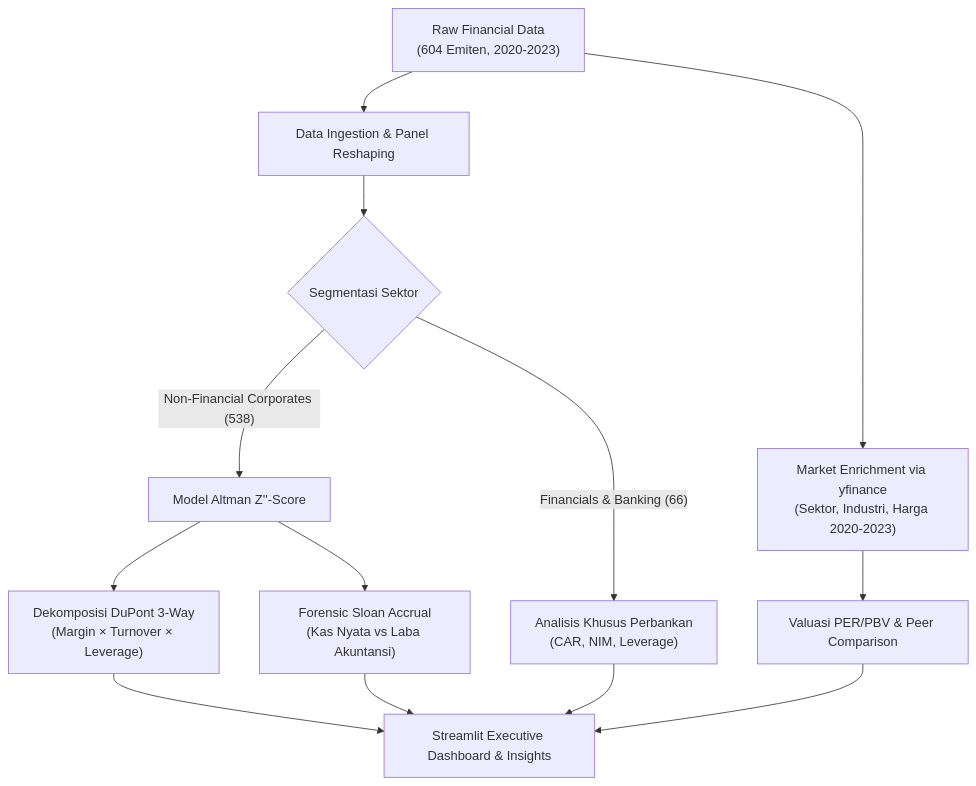
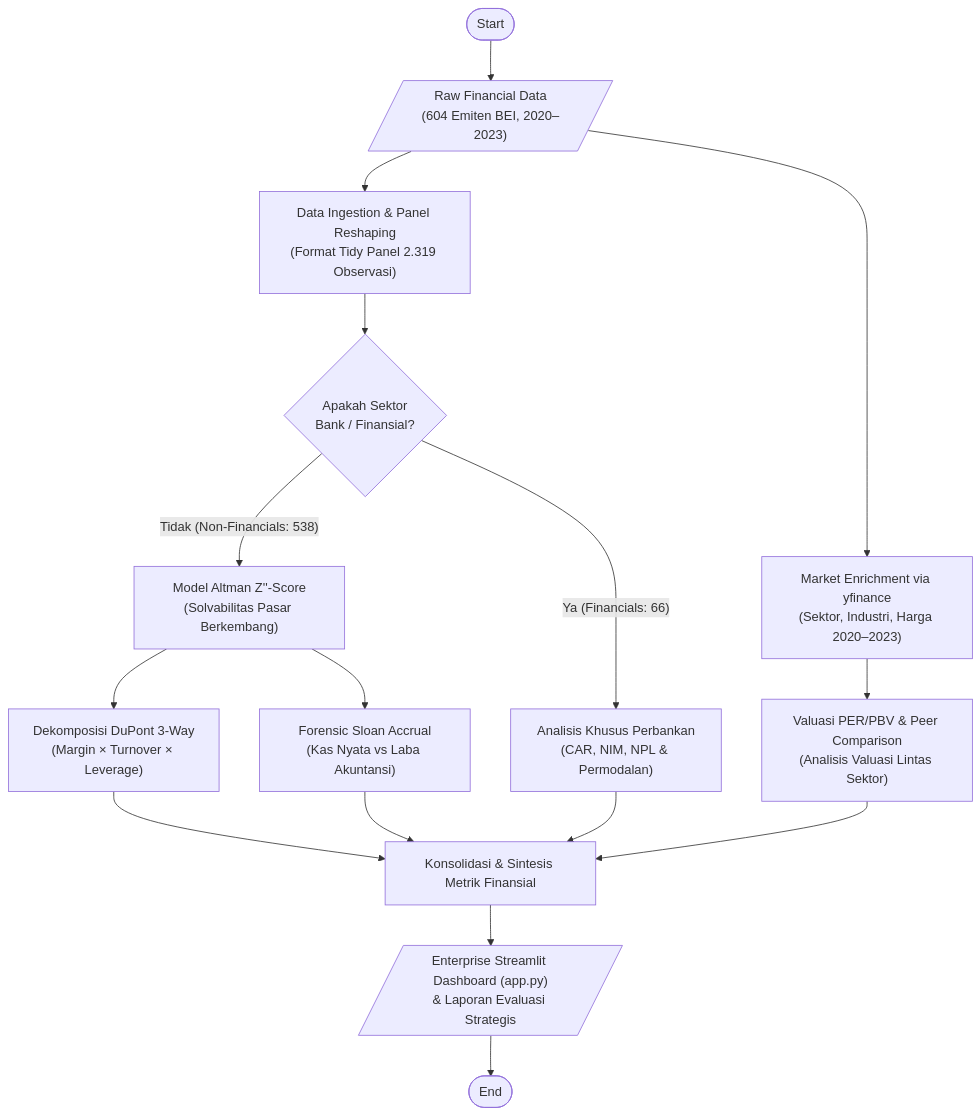
Before and after one commit to Bimzt/Project-SOKO-FINANCIAL: the diagram in README.md, drawn with Mermaid. The commit also changed 1 other file, not shown here.

Commit message:
refactor: update flowchart standard in README and enhance sector-aware DuPont clustering in notebook

````diff
--- a/README.md
+++ b/README.md
@@ -26,15 +26,25 @@
 ```mermaid
 flowchart TD
-    A["Raw Financial Data<br/>(604 Emiten, 2020-2023)"] --> B["Data Ingestion & Panel Reshaping"]
-    B --> C{"Segmentasi Sektor"}
-    C -->|"Non-Financial Corporates (538)"| D["Model Altman Z''-Score"]
-    C -->|"Financials & Banking (66)"| E["Analisis Khusus Perbankan<br/>(CAR, NIM, Leverage)"]
+    Start([Start]) --> InData[/"Raw Financial Data<br/>(604 Emiten BEI, 2020–2023)"/]
+    
+    InData --> B["Data Ingestion & Panel Reshaping<br/>(Format Tidy Panel 2.319 Observasi)"]
+    InData --> I["Market Enrichment via yfinance<br/>(Sektor, Industri, Harga 2020–2023)"]
+    
+    B --> C{"Apakah Sektor<br/>Bank / Finansial?"}
+    
+    C -->|"Tidak (Non-Financials: 538)"| D["Model Altman Z''-Score<br/>(Solvabilitas Pasar Berkembang)"]
+    C -->|"Ya (Financials: 66)"| E["Analisis Khusus Perbankan<br/>(CAR, NIM, NPL & Permodalan)"]
+    
     D --> F["Dekomposisi DuPont 3-Way<br/>(Margin × Turnover × Leverage)"]
     D --> G["Forensic Sloan Accrual<br/>(Kas Nyata vs Laba Akuntansi)"]
-    A --> I["Market Enrichment via yfinance<br/>(Sektor, Industri, Harga 2020-2023)"]
-    I --> J["Valuasi PER/PBV & Peer Comparison"]
-    F --> H["Streamlit Executive Dashboard & Insights"]
+    
+    I --> J["Valuasi PER/PBV & Peer Comparison<br/>(Analisis Valuasi Lintas Sektor)"]
+    
+    F --> H["Konsolidasi & Sintesis Metrik Finansial"]
     G --> H
     E --> H
     J --> H
+    
+    H --> OutApp[/"Enterprise Streamlit Dashboard (app.py)<br/>& Laporan Evaluasi Strategis"/]
+    OutApp --> End([End])
 ```
````
